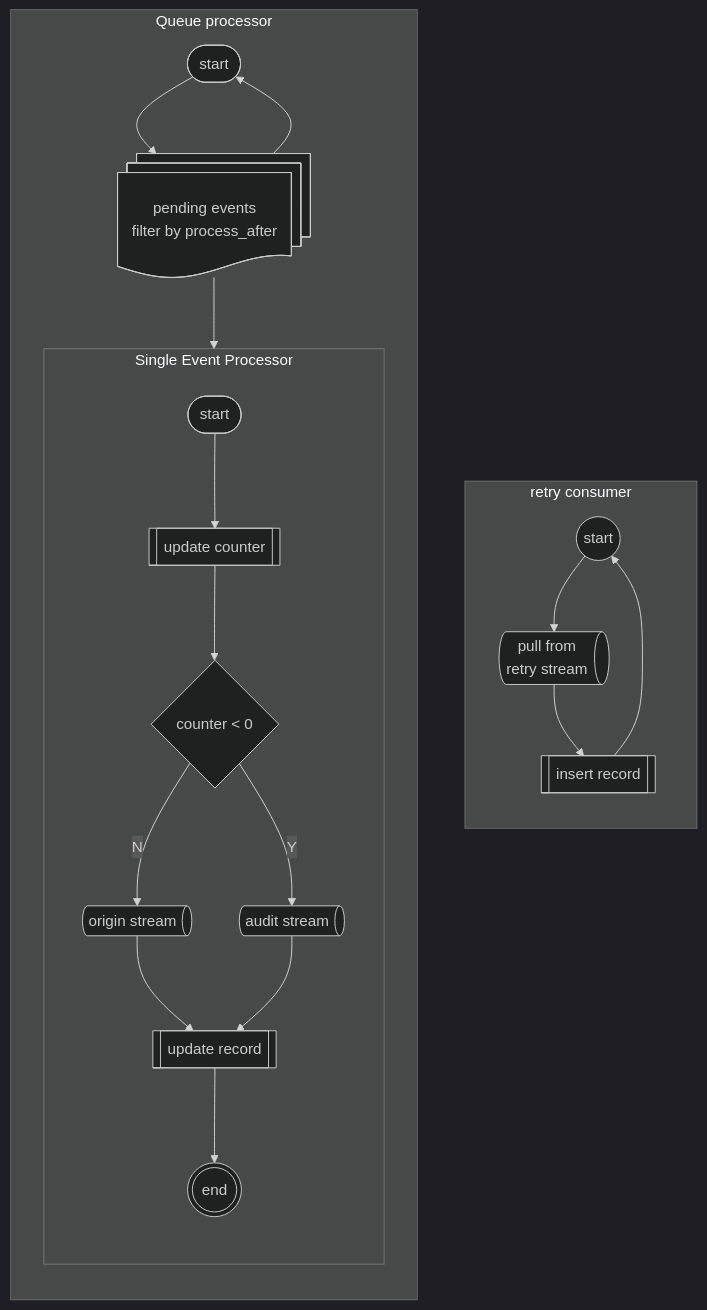
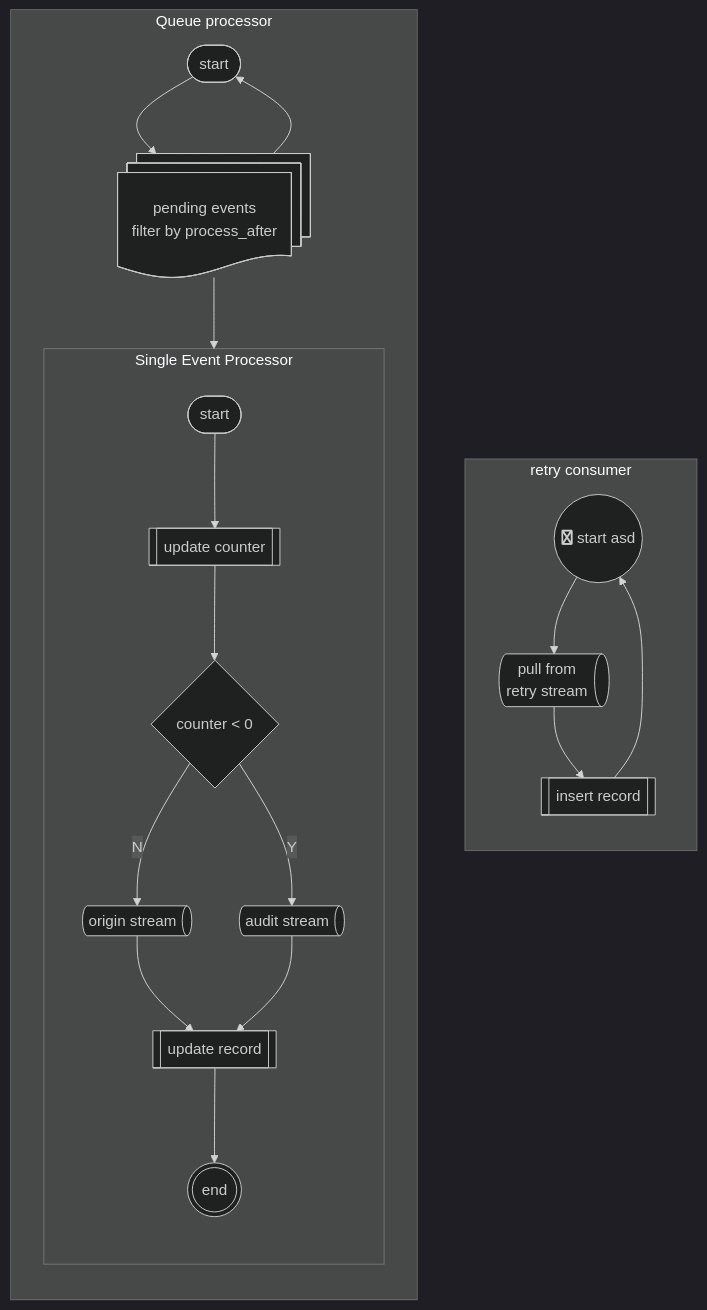
One commit to ggrrrr/btmt-ui changed the first of 2 diagrams in be/svc-retry/DIAGRAM.md. Above: the diagram before and after it, drawn with Mermaid (dark theme). The commit also changed other lines of this file and 1 other file, not shown here.

Commit message:
diagrams tests

````diff
--- a/be/svc-retry/DIAGRAM.md
+++ b/be/svc-retry/DIAGRAM.md
@@ -5,27 +15,27 @@
 ```mermaid
 flowchart TB
     subgraph retry_routine [retry consumer]
         direction TB
-        retry_start((start)) --> sub_retry@{ shape: das, label: "pull from\nretry stream" }
+        retry_start(("fa:fa-twitter start asd")) --> sub_retry@{ shape: das, label: "pull from\nretry stream" }
         sub_retry --> insert_event[[insert record]]
         insert_event --> retry_start
     end
 
     subgraph Queue processor
         direction TB 
         main_loop([start]) --> fetcher@{ shape: docs, label: "pending events\nfilter by process_after" }
         fetcher --> event_pro
         fetcher --> main_loop
     end
     subgraph event_pro [Single Event Processor]
         direction TB
         start_event_processor([start]) --> update_counter[[update counter]]
         update_counter --> if_counter{counter < 0}
         if_counter --> |N| push_reply@{ shape: das, label: "origin stream" }
         if_counter --> |Y| push_audit@{ shape: das, label: "audit stream" }
         push_reply --> update_event
         push_audit --> update_event
         update_event[[update record]] --> end_event_processor(((end)))
     end
 
 ```
````
